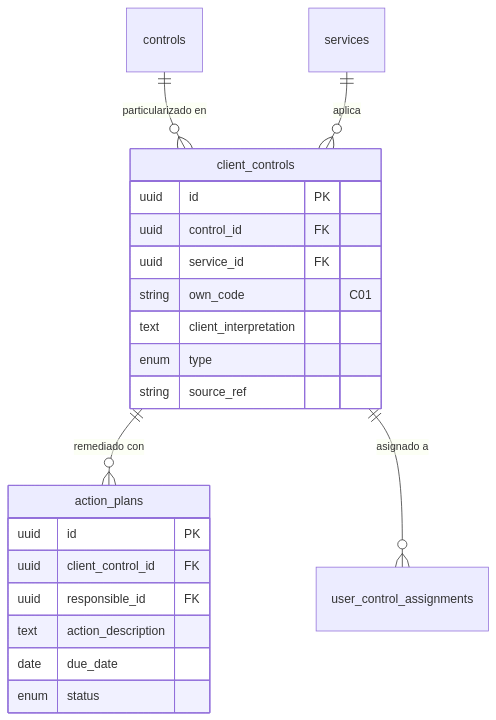
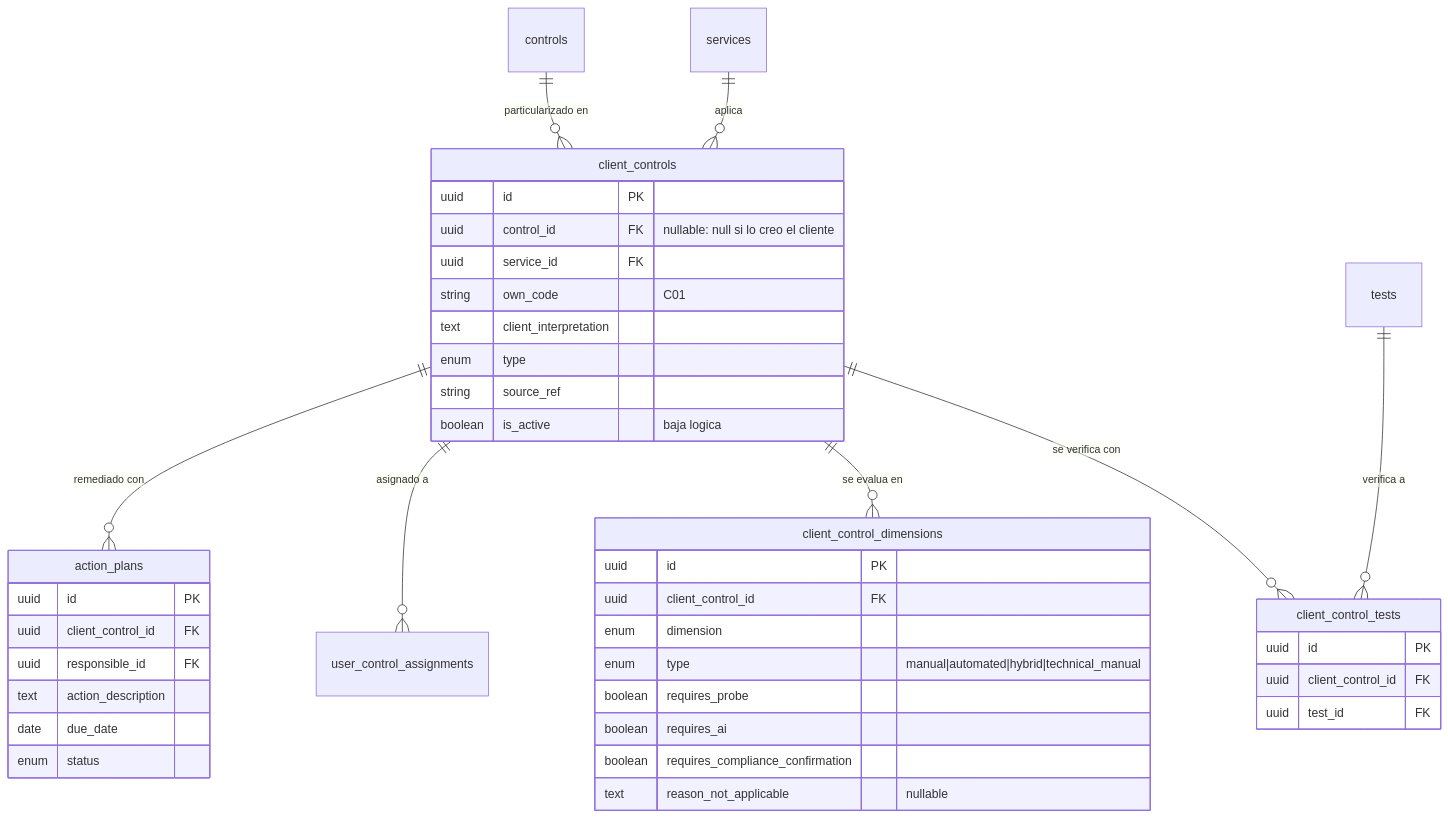
Before and after one commit to Monkey-GRC/Monkey-Brain-IA: diagram 11 of 16 in skills/product/monkey-compliance-council/references/modelo-datos.md, drawn with Mermaid. The commit also changed other lines of this file and 12 other files, not shown here.

````diff
--- a/skills/product/monkey-compliance-council/references/modelo-datos.md
+++ b/skills/product/monkey-compliance-council/references/modelo-datos.md
@@ -1303,24 +1332,43 @@
 ```mermaid
 erDiagram
     client_controls {
         uuid id PK
-        uuid control_id FK
+        uuid control_id FK "nullable: null si lo creo el cliente"
         uuid service_id FK
         string own_code "C01"
         text client_interpretation
         enum type
         string source_ref
+        boolean is_active "baja logica"
+    }
+    client_control_dimensions {
+        uuid id PK
+        uuid client_control_id FK
+        enum dimension
+        enum type "manual|automated|hybrid|technical_manual"
+        boolean requires_probe
+        boolean requires_ai
+        boolean requires_compliance_confirmation
+        text reason_not_applicable "nullable"
+    }
+    client_control_tests {
+        uuid id PK
+        uuid client_control_id FK
+        uuid test_id FK
     }
     action_plans {
         uuid id PK
         uuid client_control_id FK
         uuid responsible_id FK
         text action_description
         date due_date
         enum status
     }
     controls ||--o{ client_controls : "particularizado en"
     services ||--o{ client_controls : "aplica"
     client_controls ||--o{ action_plans : "remediado con"
     client_controls ||--o{ user_control_assignments : "asignado a"
+    client_controls ||--o{ client_control_dimensions : "se evalua en"
+    client_controls ||--o{ client_control_tests : "se verifica con"
+    tests ||--o{ client_control_tests : "verifica a"
 ```
````
